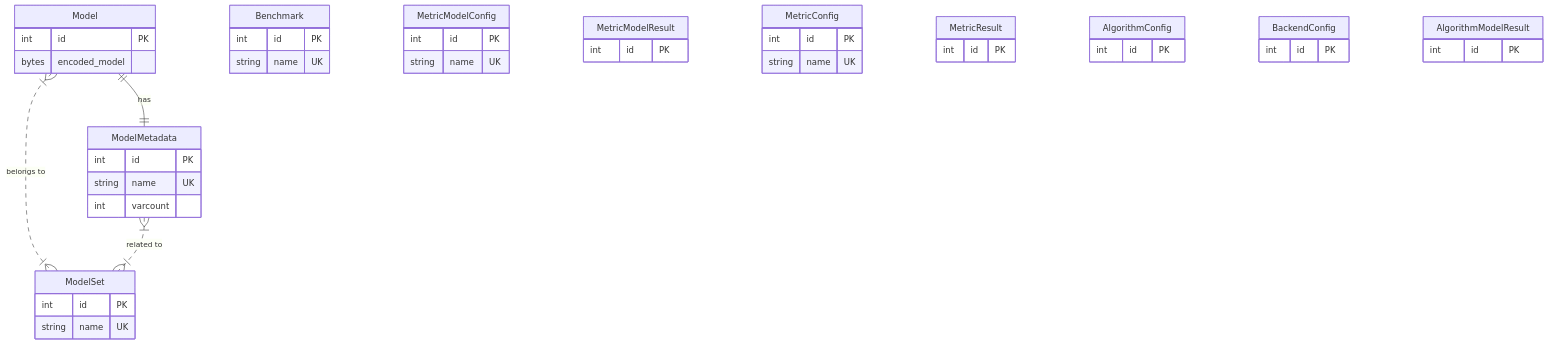
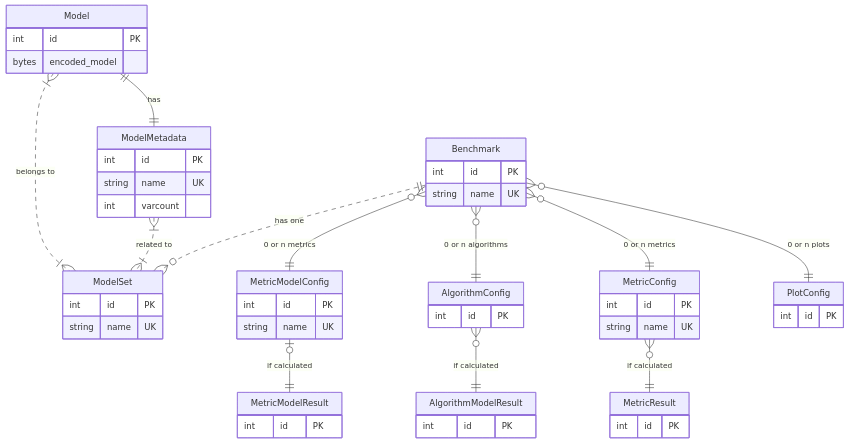
The diagram in docs/database.md (aqarios/luna-bench), drawn with Mermaid before and after one commit.

Commit message:
added tables

````diff
--- a/docs/database.md
+++ b/docs/database.md
@@ -1,59 +1,71 @@
 ```mermaid
 erDiagram
     Model ||--|| ModelMetadata: has
     Model }|..|{ ModelSet: "belongs to"
     ModelMetadata }|..|{ ModelSet: "related to"
+    
+    Benchmark ||..o{ ModelSet: "has one"
+    Benchmark }o--|| MetricModelConfig: "0 or n metrics"
+    Benchmark }o--|| AlgorithmConfig: "0 or n algorithms"
+    Benchmark }o--|| MetricConfig: "0 or n metrics"
+    Benchmark }o--|| PlotConfig: "0 or n plots"
+    
+    MetricModelConfig |o--|| MetricModelResult: "if calculated"
+    AlgorithmConfig }o--|| AlgorithmModelResult: "if calculated"
+    MetricConfig }o--|| MetricResult: "if calculated"
+    
+    
 
     Model {
         int id PK
         bytes encoded_model
     }
 
     ModelMetadata {
         int id PK
         string name UK
         int varcount
     }
 
     ModelSet {
         int id PK
         string name UK
     }
 
     Benchmark {
         int id PK
         string name UK
     }
 
     MetricModelConfig {
         int id PK
         string name UK
     }
 
     MetricModelResult {
         int id PK
     }
 
     MetricConfig {
         int id PK
         string name UK
     }
 
     MetricResult {
         int id PK
     }
 
     AlgorithmConfig {
         int id PK
     }
 
-    BackendConfig {
+    AlgorithmModelResult {
         int id PK
     }
 
-    AlgorithmModelResult {
+    PlotConfig {
         int id PK
     }
 
 
 ```
````
